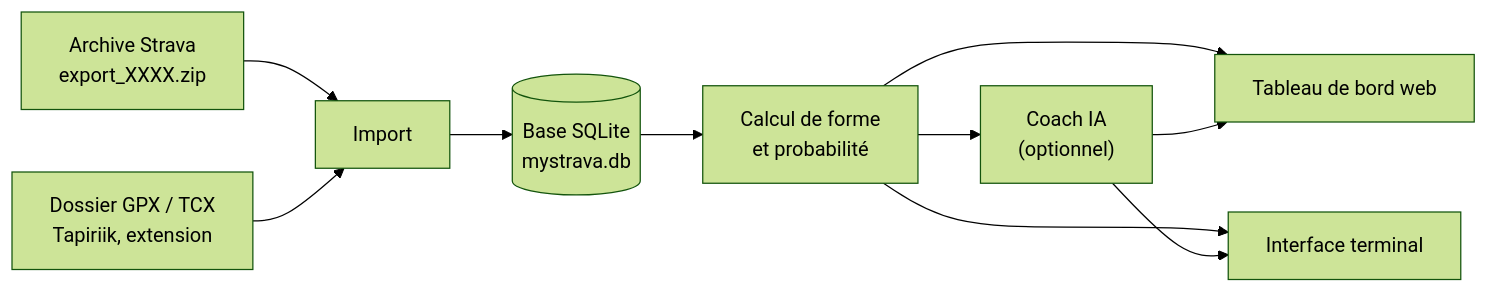
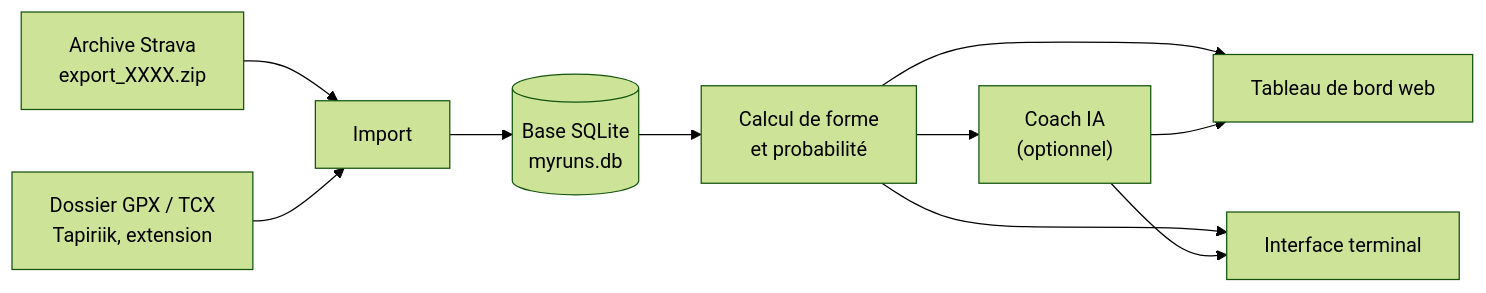
Before and after one commit to stloc/myruns: the diagram in doc_bookstack.md, drawn with Mermaid (forest theme). The commit also changed other lines of this file and 40 other files, not shown here.

````diff
--- a/doc_bookstack.md
+++ b/doc_bookstack.md
@@ -60,12 +60,12 @@
 ```mermaid
 flowchart LR
     A["Archive Strava<br/>export_XXXX.zip"] --> I["Import"]
     B["Dossier GPX / TCX<br/>Tapiriik, extension"] --> I
-    I --> S[("Base SQLite<br/>mystrava.db")]
+    I --> S[("Base SQLite<br/>myruns.db")]
     S --> P["Calcul de forme<br/>et probabilité"]
     P --> W["Tableau de bord web"]
     P --> T["Interface terminal"]
     P --> C["Coach IA<br/>(optionnel)"]
     C --> W
     C --> T
 ```
````
